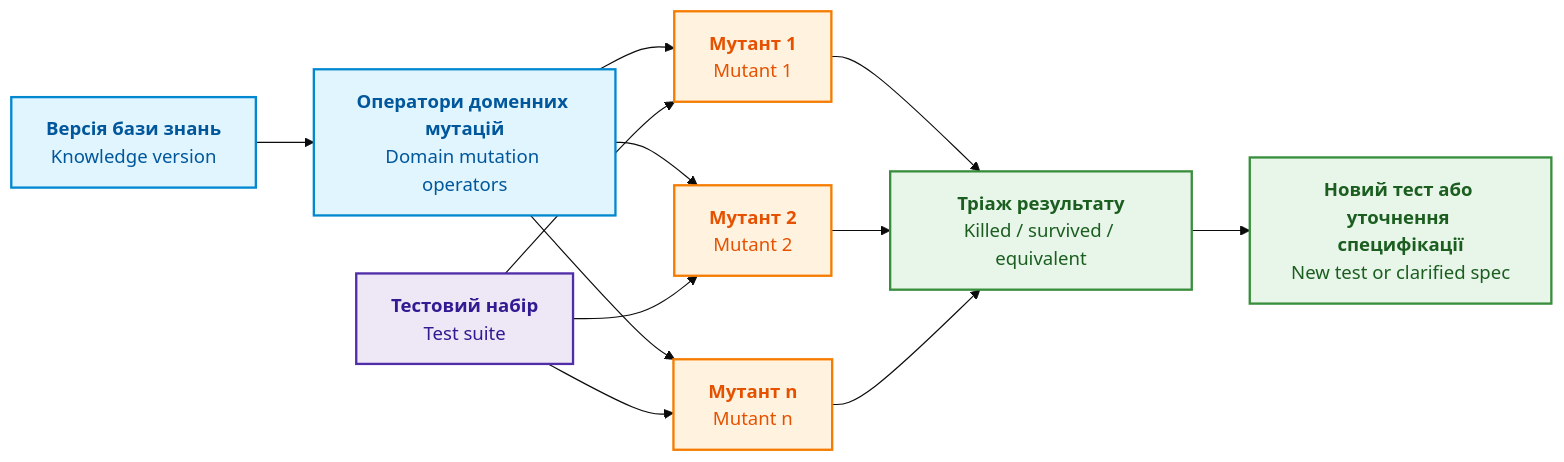
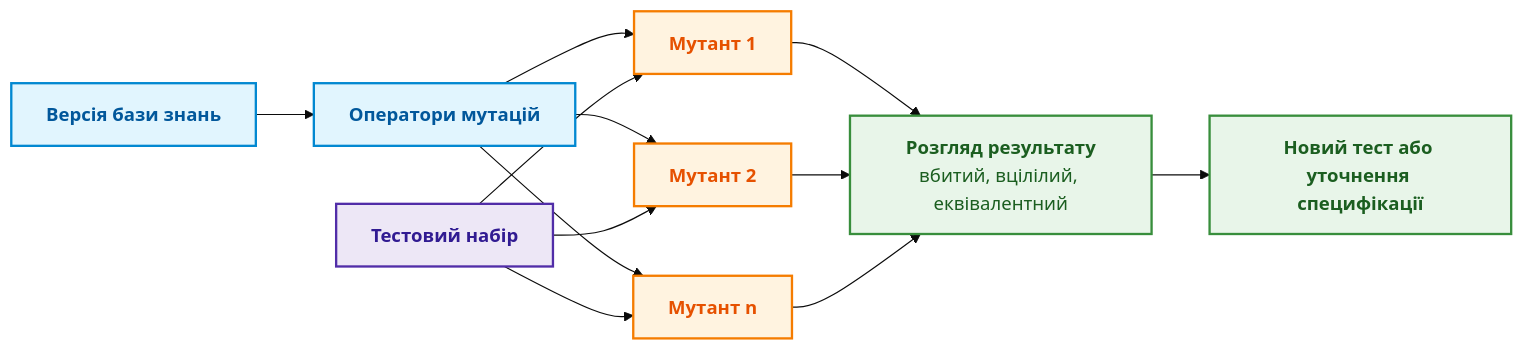
Before and after one commit to nick-fedchik/articles: the third of 5 diagrams in ExpertSystem/ch23-knowledge-base-verification.md, drawn with Mermaid (base theme). The commit also changed other lines of this file, not shown here.

````diff
--- a/ExpertSystem/ch23-knowledge-base-verification.md
+++ b/ExpertSystem/ch23-knowledge-base-verification.md
@@ -288,27 +173,27 @@
 ```mermaid
 flowchart LR
-    accTitle: Процес мутаційного тестування бази знань
-    accDescr: Генерація мутантів, запуск тестів та аналіз результатів.
+    accTitle: Мутаційне тестування бази знань
+    accDescr: З версії бази знань оператори мутацій створюють мутантів, тестовий набір запускається на кожному, а розгляд результатів дає новий тест або уточнення специфікації.
 
-    KB["<b>Версія бази знань</b><br/>Knowledge version"] --> MUT["<b>Оператори доменних мутацій</b><br/>Domain mutation operators"]
-    MUT --> M1["<b>Мутант 1</b><br/>Mutant 1"]
-    MUT --> M2["<b>Мутант 2</b><br/>Mutant 2"]
-    MUT --> MN["<b>Мутант n</b><br/>Mutant n"]
-    T["<b>Тестовий набір</b><br/>Test suite"] --> M1
+    KB["<b>Версія бази знань</b>"] --> MUT["<b>Оператори мутацій</b>"]
+    MUT --> M1["<b>Мутант 1</b>"]
+    MUT --> M2["<b>Мутант 2</b>"]
+    MUT --> MN["<b>Мутант n</b>"]
+    T["<b>Тестовий набір</b>"] --> M1
     T --> M2
     T --> MN
-    M1 --> TRI["<b>Тріаж результату</b><br/>Killed / survived / equivalent"]
+    M1 --> TRI["<b>Розгляд результату</b><br/>вбитий, вцілілий, еквівалентний"]
     M2 --> TRI
     MN --> TRI
-    TRI --> GAP["<b>Новий тест або уточнення специфікації</b><br/>New test or clarified spec"]
+    TRI --> GAP["<b>Новий тест або уточнення специфікації</b>"]
 
     classDef base fill:#e1f5fe,stroke:#0288d1,stroke-width:2px,color:#01579b;
     classDef mut fill:#fff3e0,stroke:#f57c00,stroke-width:2px,color:#e65100;
     classDef test fill:#ede7f6,stroke:#512da8,stroke-width:2px,color:#311b92;
     classDef res fill:#e8f5e9,stroke:#388e3c,stroke-width:2px,color:#1b5e20;
 
     class KB,MUT base;
     class M1,M2,MN mut;
     class T test;
     class TRI,GAP res;
 ```
````
